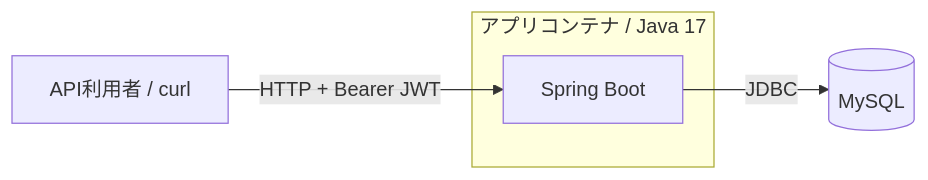
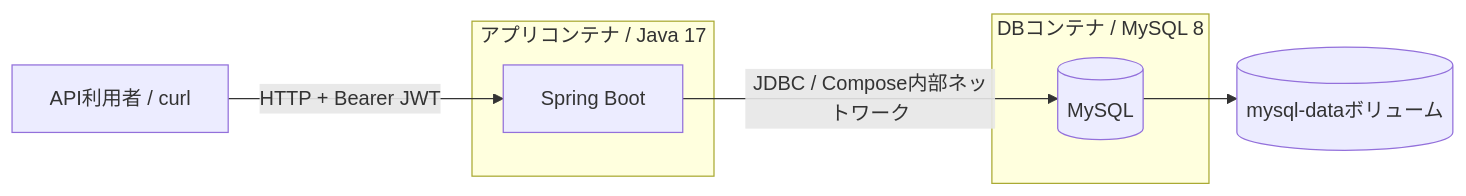
The first of 2 diagrams in README.md (shunshiratori/task-manager), drawn with Mermaid before and after one commit. The commit also changed other lines of this file and 1 other file, not shown here.

Commit message:
docs: explain Compose setup and database persistence

````diff
--- a/README.md
+++ b/README.md
@@ -199,8 +225,12 @@
 ```mermaid
 flowchart LR
     Client[API利用者 / curl] -->|HTTP + Bearer JWT| App
     subgraph Container[アプリコンテナ / Java 17]
       App[Spring Boot]
     end
-    App -->|JDBC| DB[(MySQL)]
+    subgraph DatabaseContainer[DBコンテナ / MySQL 8]
+      DB[(MySQL)]
+    end
+    App -->|JDBC / Compose内部ネットワーク| DB
+    DB --> Volume[(mysql-dataボリューム)]
 ```
````
